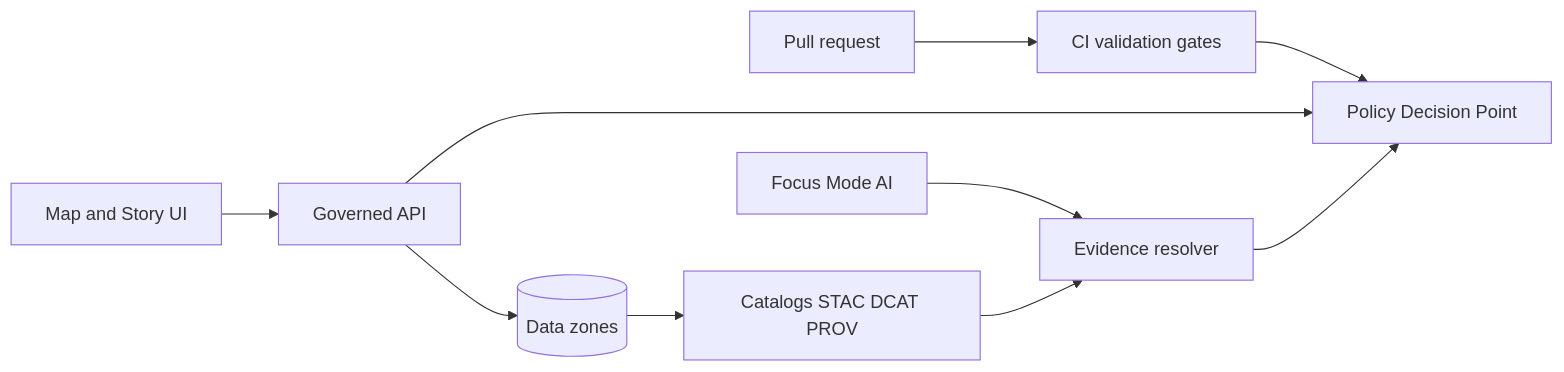
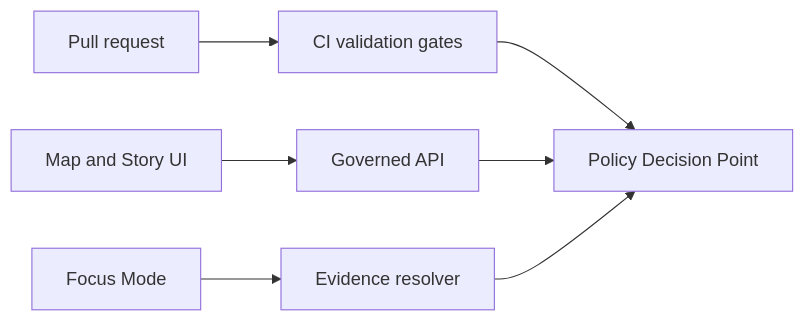
The second of 2 diagrams in docs/governance/README.md (bartytime4life/Kansas-Frontier-Matrix), drawn with Mermaid before and after one commit. The commit also changed other lines of this file, not shown here.

````diff
--- a/docs/governance/README.md
+++ b/docs/governance/README.md
@@ -161,15 +192,11 @@
 ```mermaid
 flowchart LR
   PR[Pull request] --> CI[CI validation gates]
   CI --> PDP[Policy Decision Point]
 
   UI[Map and Story UI] --> API[Governed API]
-  FM[Focus Mode AI] --> ER[Evidence resolver]
+  FM[Focus Mode] --> ER[Evidence resolver]
 
   API --> PDP
   ER --> PDP
-
-  API --> Data[(Data zones)]
-  Data --> Catalog[Catalogs STAC DCAT PROV]
-  Catalog --> ER
 ```
````
